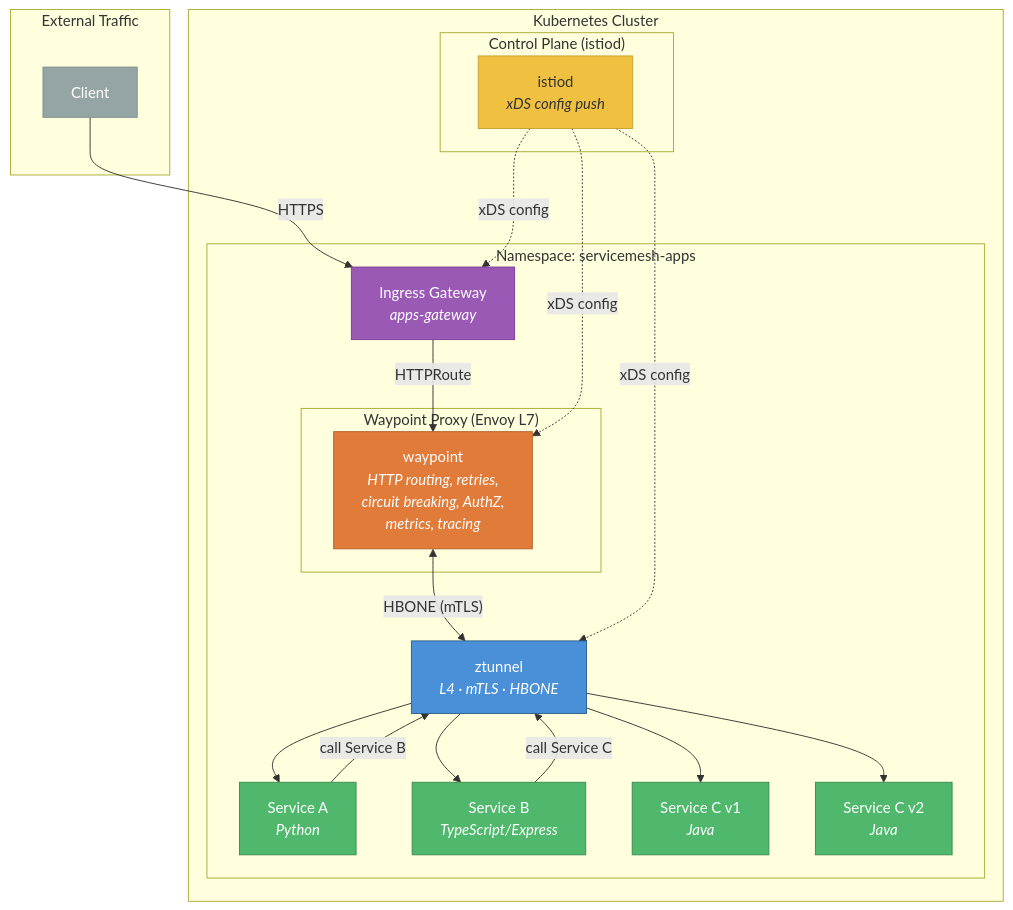
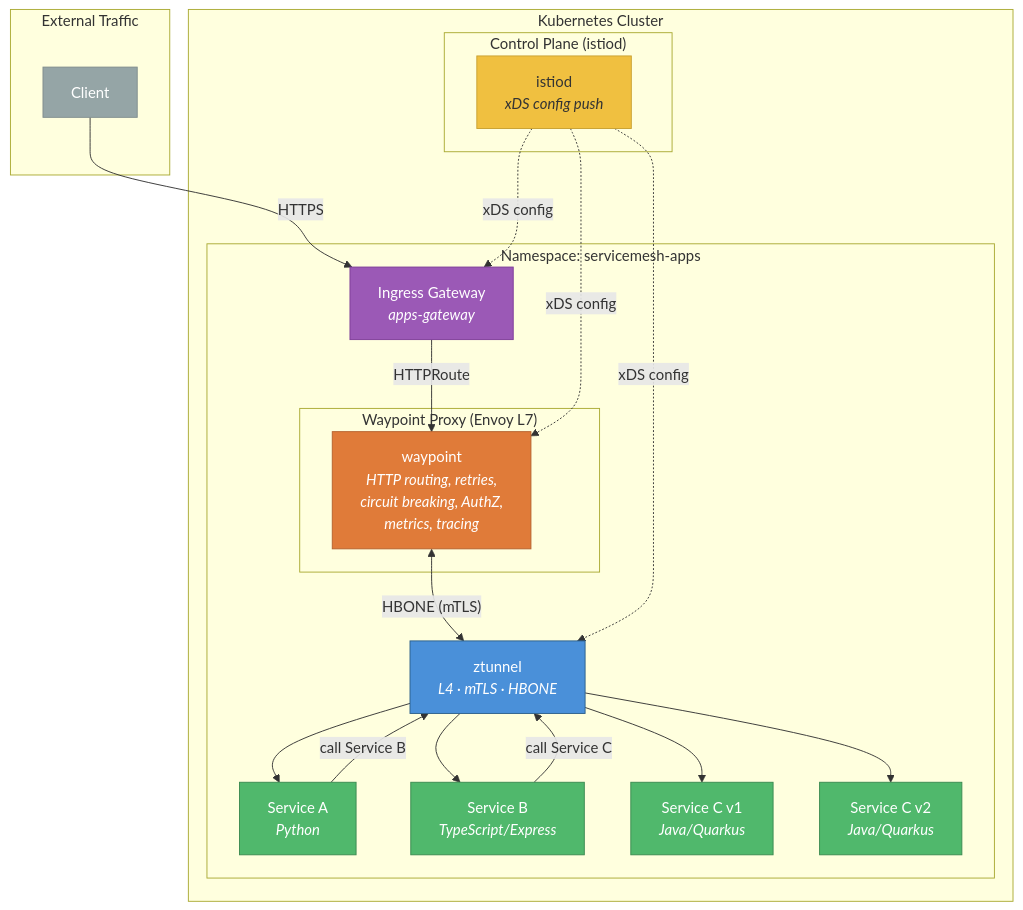
One commit to nikolaus-lemberski/servicemesh-3-demo changed the diagram in docs/diagrams/ambient-mode-waypoint.md. Above: the diagram before and after it, drawn with Mermaid.

Commit message:
docs(diagrams): add Quarkus to service-c labels
Made-with: Cursor

````diff
--- a/docs/diagrams/ambient-mode-waypoint.md
+++ b/docs/diagrams/ambient-mode-waypoint.md
@@ -3,58 +3,58 @@
 ```mermaid
 graph TB
     subgraph external["External Traffic"]
         client["Client"]
     end
 
     subgraph cluster["Kubernetes Cluster"]
         subgraph cp["Control Plane (istiod)"]
             istiod["istiod<br/><i>xDS config push</i>"]
         end
 
         subgraph ns["Namespace: servicemesh-apps"]
             gw["Ingress Gateway<br/><i>apps-gateway</i>"]
 
             subgraph wp["Waypoint Proxy (Envoy L7)"]
                 waypoint["waypoint<br/><i>HTTP routing, retries,<br/>circuit breaking, AuthZ,<br/>metrics, tracing</i>"]
             end
 
             ztunnel["ztunnel<br/><i>L4 · mTLS · HBONE</i>"]
             podA["Service A<br/><i>Python</i>"]
             podB["Service B<br/><i>TypeScript/Express</i>"]
-            podC1["Service C v1<br/><i>Java</i>"]
-            podC2["Service C v2<br/><i>Java</i>"]
+            podC1["Service C v1<br/><i>Java/Quarkus</i>"]
+            podC2["Service C v2<br/><i>Java/Quarkus</i>"]
         end
     end
 
     client -->|"HTTPS"| gw
     gw -->|"HTTPRoute"| waypoint
 
     waypoint <-->|"HBONE (mTLS)"| ztunnel
 
     ztunnel --> podA
     podA -->|"call Service B"| ztunnel
 
     ztunnel --> podB
     podB -->|"call Service C"| ztunnel
 
     ztunnel --> podC1
     ztunnel --> podC2
 
     istiod -.->|"xDS config"| ztunnel
     istiod -.->|"xDS config"| waypoint
     istiod -.->|"xDS config"| gw
 
     classDef ztunnelStyle fill:#4a90d9,stroke:#2c5f8a,color:#fff
     classDef waypointStyle fill:#e07b39,stroke:#b5612d,color:#fff
     classDef podStyle fill:#50b86c,stroke:#3a8a50,color:#fff
     classDef gwStyle fill:#9b59b6,stroke:#7d3c98,color:#fff
     classDef cpStyle fill:#f0c040,stroke:#c9a030,color:#333
     classDef clientStyle fill:#95a5a6,stroke:#7f8c8d,color:#fff
 
     class ztunnel ztunnelStyle
     class waypoint waypointStyle
     class podA,podB,podC1,podC2 podStyle
     class gw gwStyle
     class istiod cpStyle
     class client clientStyle
 ```
````
